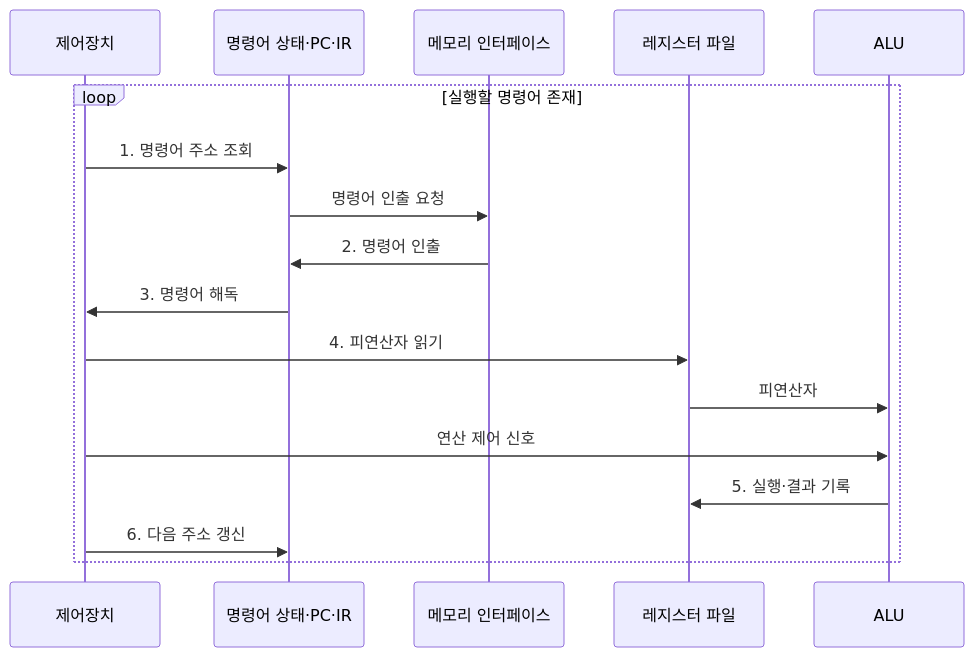
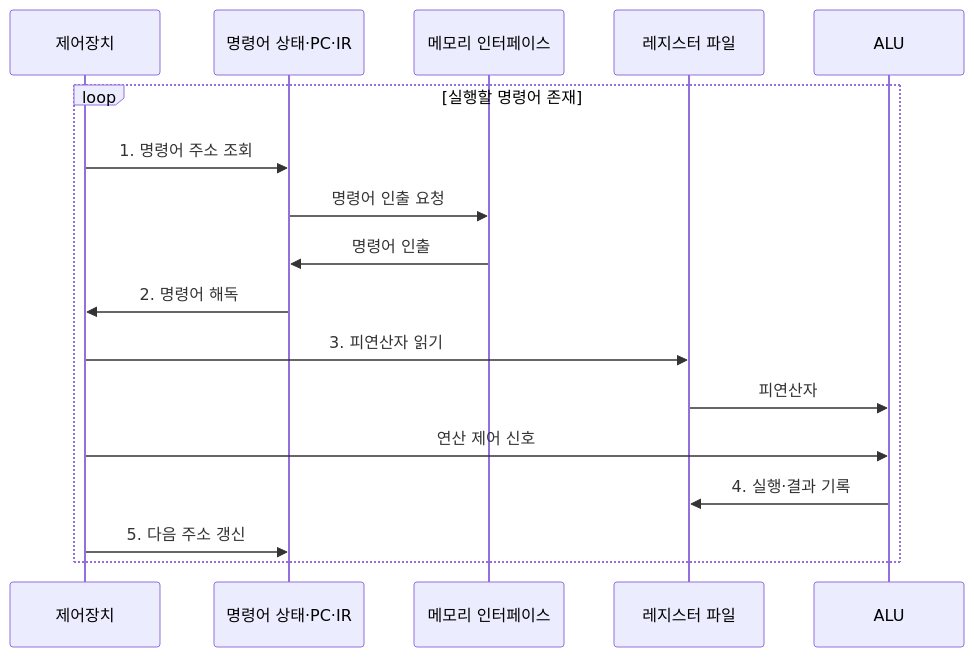
The second of 2 diagrams in src/content/docs/notes/02-hardware/002_cpu_components.md (agnusdei1207/knowledge-base), drawn with Mermaid before and after one commit. The commit also changed other lines of this file and 19 other files, not shown here.

````diff
--- a/src/content/docs/notes/02-hardware/002_cpu_components.md
+++ b/src/content/docs/notes/02-hardware/002_cpu_components.md
@@ -84,19 +84,19 @@
 ```mermaid
 sequenceDiagram
     participant C as 제어장치
     participant S as 명령어 상태·PC·IR
     participant M as 메모리 인터페이스
     participant R as 레지스터 파일
     participant A as ALU
     loop 실행할 명령어 존재
         C->>S: 1. 명령어 주소 조회
         S->>M: 명령어 인출 요청
-        M->>S: 2. 명령어 인출
-        S->>C: 3. 명령어 해독
-        C->>R: 4. 피연산자 읽기
+        M->>S: 명령어 인출
+        S->>C: 2. 명령어 해독
+        C->>R: 3. 피연산자 읽기
         R->>A: 피연산자
         C->>A: 연산 제어 신호
-        A->>R: 5. 실행·결과 기록
-        C->>S: 6. 다음 주소 갱신
+        A->>R: 4. 실행·결과 기록
+        C->>S: 5. 다음 주소 갱신
     end
 ```
````
